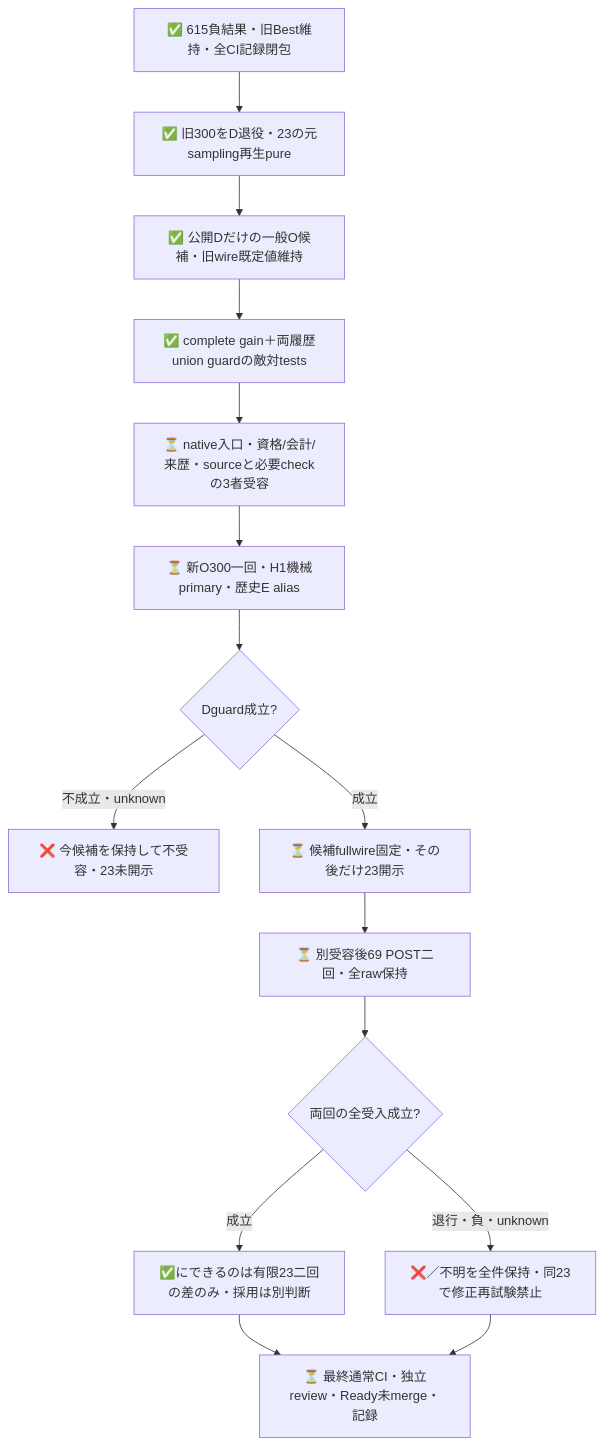
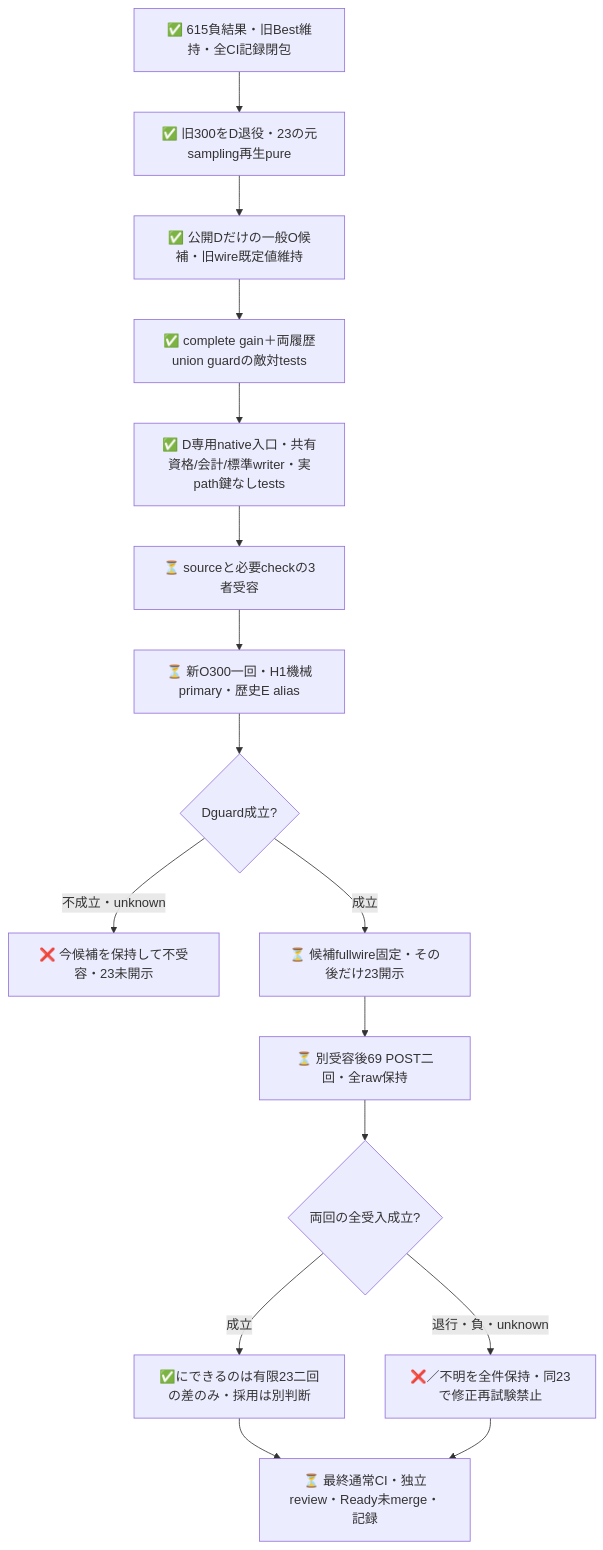
One commit to roccho-org/ops changed the second of 2 diagrams in experiments/sys1-eval-loop/reserve/README.md. Above: the diagram before and after it, drawn with Mermaid. The commit also changed other lines of this file and 12 other files, not shown here.

````diff
--- a/experiments/sys1-eval-loop/reserve/README.md
+++ b/experiments/sys1-eval-loop/reserve/README.md
@@ -34,17 +38,18 @@
 ```mermaid
 flowchart TB
   OLD[✅ 615負結果・旧Best維持・全CI記録閉包] --> D[✅ 旧300をD退役・23の元sampling再生pure]
   D --> C[✅ 公開Dだけの一般O候補・旧wire既定値維持]
   C --> T[✅ complete gain＋両履歴union guardの敵対tests]
-  T --> ENTRY[⏳ native入口・資格/会計/来歴・sourceと必要checkの3者受容]
-  ENTRY --> LIVE[⏳ 新O300一回・H1機械primary・歴史E alias]
+  T --> ENTRY[✅ D専用native入口・共有資格/会計/標準writer・実path鍵なしtests]
+  ENTRY --> REVIEW[⏳ sourceと必要checkの3者受容]
+  REVIEW --> LIVE[⏳ 新O300一回・H1機械primary・歴史E alias]
   LIVE --> G{Dguard成立?}
   G -->|不成立・unknown| STOP[❌ 今候補を保持して不受容・23未開示]
   G -->|成立| FREEZE[⏳ 候補fullwire固定・その後だけ23開示]
   FREEZE --> H[⏳ 別受容後69 POST二回・全raw保持]
   H --> A{両回の全受入成立?}
   A -->|成立| FIN[✅にできるのは有限23二回の差のみ・採用は別判断]
   A -->|退行・負・unknown| NEG[❌／不明を全件保持・同23で修正再試験禁止]
   FIN --> CLOSE[⏳ 最終通常CI・独立review・Ready未merge・記録]
   NEG --> CLOSE
 ```
````
